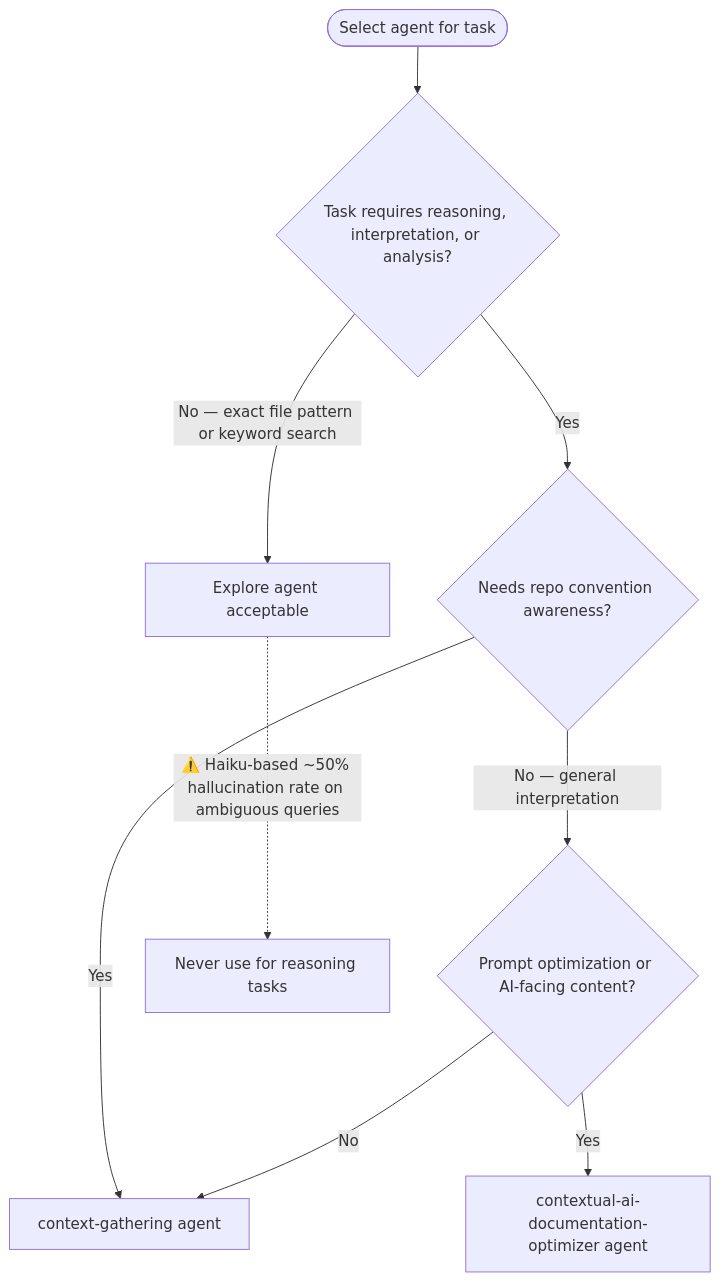
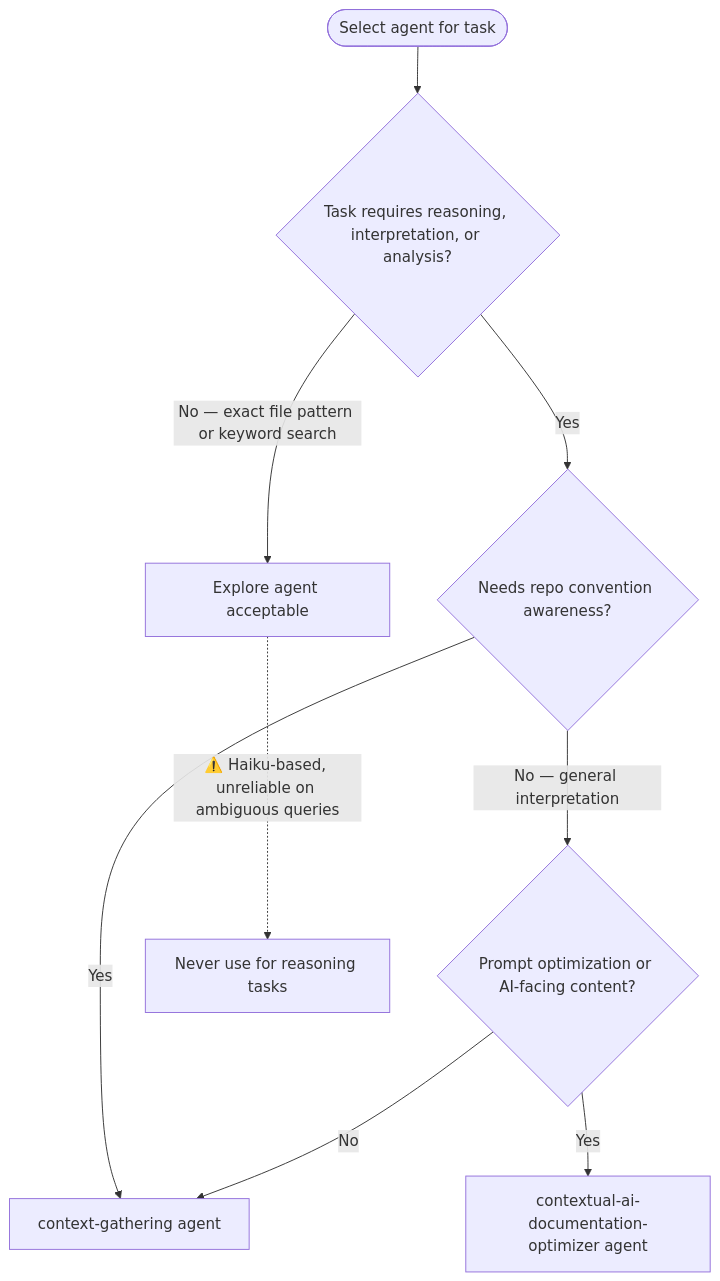
The second of 2 diagrams in .claude/rules/agent-delegation.md (Jamie-BitFlight/claude_skills), drawn with Mermaid before and after one commit. The commit also changed other lines of this file and 7 other files, not shown here.

````diff
--- a/.claude/rules/agent-delegation.md
+++ b/.claude/rules/agent-delegation.md
@@ -20,11 +20,11 @@
 ```mermaid
 flowchart TD
     Start([Select agent for task]) --> Q1{Task requires reasoning, interpretation, or analysis?}
     Q1 -->|No — exact file pattern or keyword search| Explore[Explore agent acceptable]
     Q1 -->|Yes| Q2{Needs repo convention awareness?}
     Q2 -->|Yes| CG[context-gathering agent]
     Q2 -->|No — general interpretation| Q3{Prompt optimization or AI-facing content?}
     Q3 -->|Yes| CCO[contextual-ai-documentation-optimizer agent]
     Q3 -->|No| CG
-    Explore -.->|⚠️ Haiku-based ~50% hallucination rate on ambiguous queries| Warning[Never use for reasoning tasks]
+    Explore -.->|⚠️ Haiku-based, unreliable on ambiguous queries| Warning[Never use for reasoning tasks]
 ```
````
